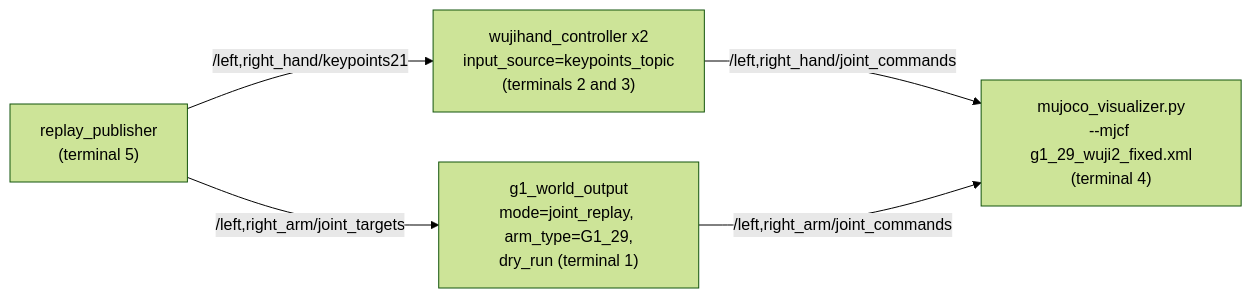
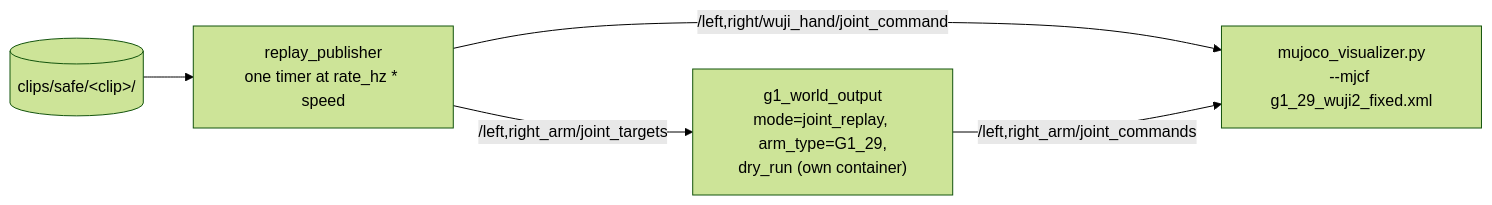
One commit to MSC-Wuji-Teleop/wuji-hand-teleop changed the diagram in docs/usage.md. Above: the diagram before and after it, drawn with Mermaid (forest theme). The commit also changed other lines of this file and 6 other files, not shown here.

Commit message:
Documentation: clip-directory replay path across spec, runbook, usage, architecture; session handoff

````diff
--- a/docs/usage.md
+++ b/docs/usage.md
@@ -136,12 +134,12 @@
 ```mermaid
 graph LR
-    SOT["replay_publisher<br/>(terminal 5)"]
-    HC["wujihand_controller x2<br/>input_source=keypoints_topic<br/>(terminals 2 and 3)"]
-    G1O["g1_world_output<br/>mode=joint_replay, arm_type=G1_29,<br/>dry_run (terminal 1)"]
-    VIZ["mujoco_visualizer.py<br/>--mjcf g1_29_wuji2_fixed.xml<br/>(terminal 4)"]
+    CLIP[("clips/safe/&lt;clip&gt;/")]
+    PUB["replay_publisher<br/>one timer at rate_hz * speed"]
+    G1O["g1_world_output<br/>mode=joint_replay, arm_type=G1_29,<br/>dry_run (own container)"]
+    VIZ["mujoco_visualizer.py<br/>--mjcf g1_29_wuji2_fixed.xml"]
 
-    SOT -->|"/left,right_hand/keypoints21"| HC
-    SOT -->|"/left,right_arm/joint_targets"| G1O
-    HC -->|"/left,right_hand/joint_commands"| VIZ
+    CLIP --> PUB
+    PUB -->|"/left,right_arm/joint_targets"| G1O
+    PUB -->|"/left,right/wuji_hand/joint_command"| VIZ
     G1O -->|"/left,right_arm/joint_commands"| VIZ
 ```
````
